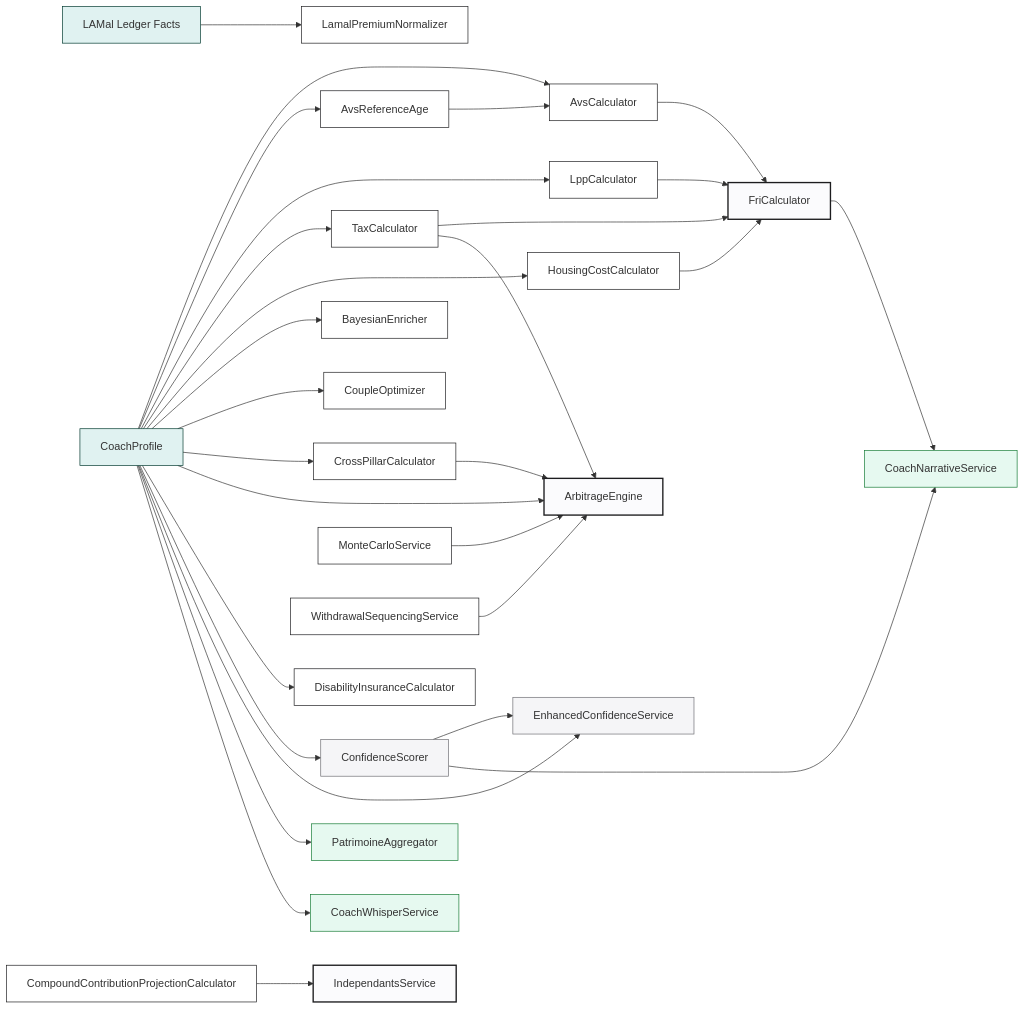
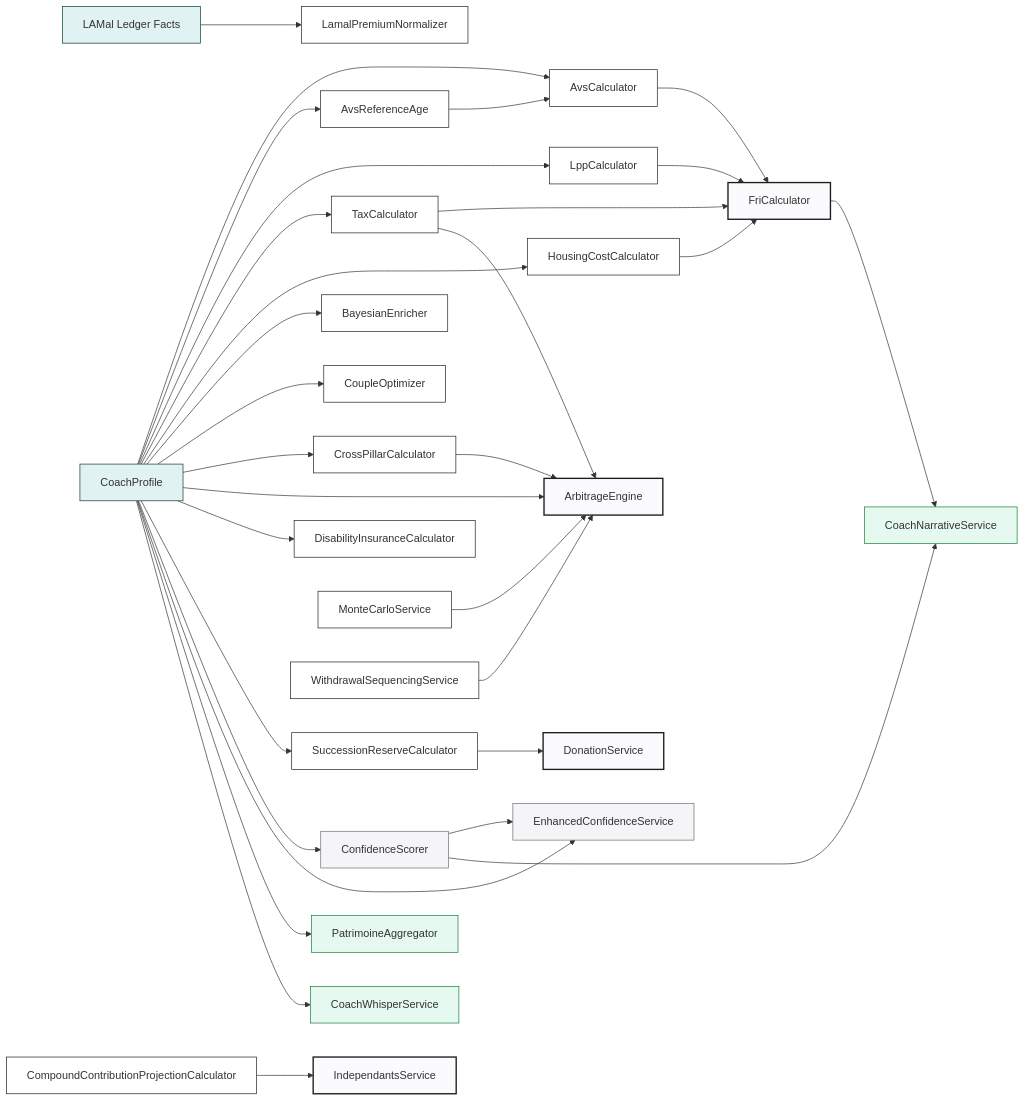
The diagram in docs/calculator-graph.md (MINT-IA/MINT), drawn with Mermaid before and after one commit. The commit also changed other lines of this file and 35 other files, not shown here.

````diff
--- a/docs/calculator-graph.md
+++ b/docs/calculator-graph.md
@@ -26,45 +26,47 @@
 ```mermaid
 flowchart LR
     PROFILE[CoachProfile]:::profile
 
     PROFILE --> AVS[AvsCalculator]:::calc
     PROFILE --> AVS_REF[AvsReferenceAge]:::calc
     AVS_REF --> AVS
     PROFILE --> LPP[LppCalculator]:::calc
     PROFILE --> TAX[TaxCalculator]:::calc
     PROFILE --> HOUSING[HousingCostCalculator]:::calc
     PROFILE --> BAYESIAN[BayesianEnricher]:::calc
 
     AVS --> FRI[FriCalculator]:::composer
     LPP --> FRI
     TAX --> FRI
     HOUSING --> FRI
 
     PROFILE --> COUPLE[CoupleOptimizer]:::calc
     PROFILE --> CROSS[CrossPillarCalculator]:::calc
     PROFILE --> ARB[ArbitrageEngine]:::composer
     CROSS --> ARB
     TAX --> ARB
     PROFILE --> DISABILITY[DisabilityInsuranceCalculator]:::calc
+    PROFILE --> SUCCESSION[SuccessionReserveCalculator]:::calc
     LAMAL_FACTS[LAMal Ledger Facts]:::profile --> LAMAL[LamalPremiumNormalizer]:::calc
 
     PROFILE --> CONF[ConfidenceScorer]:::score
     PROFILE --> CONF_ENH[EnhancedConfidenceService]:::score
     CONF --> CONF_ENH
 
     PROFILE --> PAT[PatrimoineAggregator]:::ui
     PROFILE --> WHISPER[CoachWhisperService]:::ui
 
     FRI --> NAR[CoachNarrativeService]:::ui
     CONF --> NAR
 
     MC[MonteCarloService]:::calc --> ARB
     WITHDRAW[WithdrawalSequencingService]:::calc --> ARB
     COMPOUND[CompoundContributionProjectionCalculator]:::calc --> INDEP[IndependantsService]:::composer
+    SUCCESSION --> DONATION[DonationService]:::composer
 
     classDef profile fill:#E0F2F1,stroke:#00382E
     classDef calc fill:#FFF,stroke:#1D1D1F
     classDef composer fill:#FBFBFD,stroke:#1D1D1F,stroke-width:2px
     classDef score fill:#F5F5F7,stroke:#6E6E73
     classDef ui fill:#E6F9F0,stroke:#157B35
 ```
````
